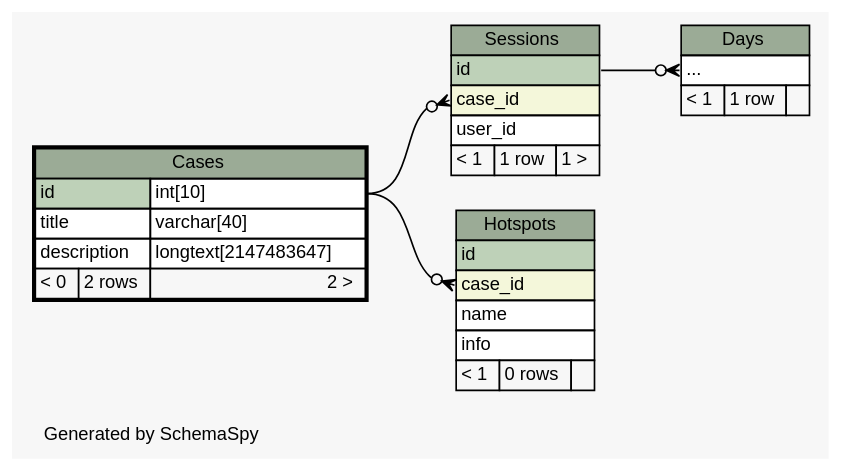
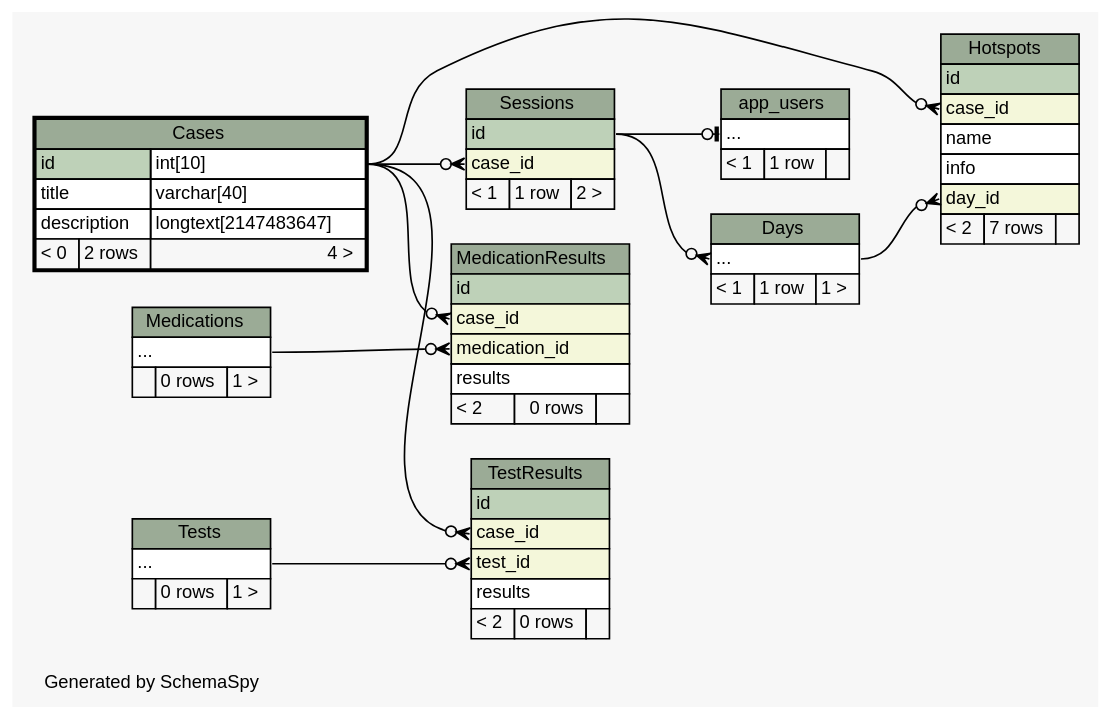
Before and after one commit to carrel2/CaseStudies: the diagram in web/files/schema/diagrams/Cases.2degrees.dot, drawn with Graphviz. The commit also changed 87 other files, not shown here.

Commit message:
More work on database schema

```diff
--- a/web/files/schema/diagrams/Cases.2degrees.dot
+++ b/web/files/schema/diagrams/Cases.2degrees.dot
@@ -1,72 +1,134 @@
 // dot 2.38.0 on Linux 4.4.0-59-generic
 // SchemaSpy rev 590
 digraph "twoDegreesRelationshipsDiagram" {
   graph [
     rankdir="RL"
     bgcolor="#f7f7f7"
     label="\nGenerated by SchemaSpy"
     labeljust="l"
     nodesep="0.18"
     ranksep="0.46"
     fontname="Helvetica"
     fontsize="11"
   ];
   node [
     fontname="Helvetica"
     fontsize="11"
     shape="plaintext"
   ];
   edge [
     arrowsize="0.8"
   ];
+  "app_users":"elipses":w -> "Sessions":"id":e [arrowhead=none dir=back arrowtail=teeodot];
   "Days":"elipses":w -> "Sessions":"id":e [arrowhead=none dir=back arrowtail=crowodot];
   "Hotspots":"case_id":w -> "Cases":"id.type":e [arrowhead=none dir=back arrowtail=crowodot];
+  "Hotspots":"day_id":w -> "Days":"elipses":e [arrowhead=none dir=back arrowtail=crowodot];
+  "MedicationResults":"case_id":w -> "Cases":"id.type":e [arrowhead=none dir=back arrowtail=crowodot];
+  "MedicationResults":"medication_id":w -> "Medications":"elipses":e [arrowhead=none dir=back arrowtail=crowodot];
   "Sessions":"case_id":w -> "Cases":"id.type":e [arrowhead=none dir=back arrowtail=crowodot];
+  "TestResults":"case_id":w -> "Cases":"id.type":e [arrowhead=none dir=back arrowtail=crowodot];
+  "TestResults":"test_id":w -> "Tests":"elipses":e [arrowhead=none dir=back arrowtail=crowodot];
+  "app_users" [
+    label=<
+    <TABLE BORDER="0" CELLBORDER="1" CELLSPACING="0" BGCOLOR="#ffffff">
+      <TR><TD COLSPAN="3" BGCOLOR="#9bab96" ALIGN="CENTER">app_users</TD></TR>
+      <TR><TD PORT="elipses" COLSPAN="3" ALIGN="LEFT">...</TD></TR>
+      <TR><TD ALIGN="LEFT" BGCOLOR="#f7f7f7">&lt; 1</TD><TD ALIGN="RIGHT" BGCOLOR="#f7f7f7">1 row</TD><TD ALIGN="RIGHT" BGCOLOR="#f7f7f7">  </TD></TR>
+    </TABLE>>
+    URL="app_users.html"
+    tooltip="app_users"
+  ];
   "Cases" [
     label=<
     <TABLE BORDER="2" CELLBORDER="1" CELLSPACING="0" BGCOLOR="#ffffff">
       <TR><TD COLSPAN="3" BGCOLOR="#9bab96" ALIGN="CENTER">Cases</TD></TR>
       <TR><TD PORT="id" COLSPAN="2" BGCOLOR="#bed1b8" ALIGN="LEFT">id</TD><TD PORT="id.type" ALIGN="LEFT">int[10]</TD></TR>
       <TR><TD PORT="title" COLSPAN="2" ALIGN="LEFT">title</TD><TD PORT="title.type" ALIGN="LEFT">varchar[40]</TD></TR>
       <TR><TD PORT="description" COLSPAN="2" ALIGN="LEFT">description</TD><TD PORT="description.type" ALIGN="LEFT">longtext[2147483647]</TD></TR>
-      <TR><TD ALIGN="LEFT" BGCOLOR="#f7f7f7">&lt; 0</TD><TD ALIGN="RIGHT" BGCOLOR="#f7f7f7">2 rows</TD><TD ALIGN="RIGHT" BGCOLOR="#f7f7f7">2 &gt;</TD></TR>
+      <TR><TD ALIGN="LEFT" BGCOLOR="#f7f7f7">&lt; 0</TD><TD ALIGN="RIGHT" BGCOLOR="#f7f7f7">2 rows</TD><TD ALIGN="RIGHT" BGCOLOR="#f7f7f7">4 &gt;</TD></TR>
     </TABLE>>
     URL="Cases.html"
     tooltip="Cases"
   ];
   "Days" [
     label=<
     <TABLE BORDER="0" CELLBORDER="1" CELLSPACING="0" BGCOLOR="#ffffff">
       <TR><TD COLSPAN="3" BGCOLOR="#9bab96" ALIGN="CENTER">Days</TD></TR>
       <TR><TD PORT="elipses" COLSPAN="3" ALIGN="LEFT">...</TD></TR>
-      <TR><TD ALIGN="LEFT" BGCOLOR="#f7f7f7">&lt; 1</TD><TD ALIGN="RIGHT" BGCOLOR="#f7f7f7">1 row</TD><TD ALIGN="RIGHT" BGCOLOR="#f7f7f7">  </TD></TR>
+      <TR><TD ALIGN="LEFT" BGCOLOR="#f7f7f7">&lt; 1</TD><TD ALIGN="RIGHT" BGCOLOR="#f7f7f7">1 row</TD><TD ALIGN="RIGHT" BGCOLOR="#f7f7f7">1 &gt;</TD></TR>
     </TABLE>>
     URL="Days.html"
     tooltip="Days"
   ];
   "Hotspots" [
     label=<
     <TABLE BORDER="0" CELLBORDER="1" CELLSPACING="0" BGCOLOR="#ffffff">
       <TR><TD COLSPAN="3" BGCOLOR="#9bab96" ALIGN="CENTER">Hotspots</TD></TR>
       <TR><TD PORT="id" COLSPAN="3" BGCOLOR="#bed1b8" ALIGN="LEFT">id</TD></TR>
       <TR><TD PORT="case_id" COLSPAN="3" BGCOLOR="#f4f7da" ALIGN="LEFT">case_id</TD></TR>
       <TR><TD PORT="name" COLSPAN="3" ALIGN="LEFT">name</TD></TR>
       <TR><TD PORT="info" COLSPAN="3" ALIGN="LEFT">info</TD></TR>
-      <TR><TD ALIGN="LEFT" BGCOLOR="#f7f7f7">&lt; 1</TD><TD ALIGN="RIGHT" BGCOLOR="#f7f7f7">0 rows</TD><TD ALIGN="RIGHT" BGCOLOR="#f7f7f7">  </TD></TR>
+      <TR><TD PORT="day_id" COLSPAN="3" BGCOLOR="#f4f7da" ALIGN="LEFT">day_id</TD></TR>
+      <TR><TD ALIGN="LEFT" BGCOLOR="#f7f7f7">&lt; 2</TD><TD ALIGN="RIGHT" BGCOLOR="#f7f7f7">7 rows</TD><TD ALIGN="RIGHT" BGCOLOR="#f7f7f7">  </TD></TR>
     </TABLE>>
     URL="Hotspots.html"
     tooltip="Hotspots"
+  ];
+  "MedicationResults" [
+    label=<
+    <TABLE BORDER="0" CELLBORDER="1" CELLSPACING="0" BGCOLOR="#ffffff">
+      <TR><TD COLSPAN="3" BGCOLOR="#9bab96" ALIGN="CENTER">MedicationResults</TD></TR>
+      <TR><TD PORT="id" COLSPAN="3" BGCOLOR="#bed1b8" ALIGN="LEFT">id</TD></TR>
+      <TR><TD PORT="case_id" COLSPAN="3" BGCOLOR="#f4f7da" ALIGN="LEFT">case_id</TD></TR>
+      <TR><TD PORT="medication_id" COLSPAN="3" BGCOLOR="#f4f7da" ALIGN="LEFT">medication_id</TD></TR>
+      <TR><TD PORT="results" COLSPAN="3" ALIGN="LEFT">results</TD></TR>
+      <TR><TD ALIGN="LEFT" BGCOLOR="#f7f7f7">&lt; 2</TD><TD ALIGN="RIGHT" BGCOLOR="#f7f7f7">0 rows</TD><TD ALIGN="RIGHT" BGCOLOR="#f7f7f7">  </TD></TR>
+    </TABLE>>
+    URL="MedicationResults.html"
+    tooltip="MedicationResults"
+  ];
+  "Medications" [
+    label=<
+    <TABLE BORDER="0" CELLBORDER="1" CELLSPACING="0" BGCOLOR="#ffffff">
+      <TR><TD COLSPAN="3" BGCOLOR="#9bab96" ALIGN="CENTER">Medications</TD></TR>
+      <TR><TD PORT="elipses" COLSPAN="3" ALIGN="LEFT">...</TD></TR>
+      <TR><TD ALIGN="LEFT" BGCOLOR="#f7f7f7">  </TD><TD ALIGN="RIGHT" BGCOLOR="#f7f7f7">0 rows</TD><TD ALIGN="RIGHT" BGCOLOR="#f7f7f7">1 &gt;</TD></TR>
+    </TABLE>>
+    URL="Medications.html"
+    tooltip="Medications"
   ];
   "Sessions" [
     label=<
     <TABLE BORDER="0" CELLBORDER="1" CELLSPACING="0" BGCOLOR="#ffffff">
       <TR><TD COLSPAN="3" BGCOLOR="#9bab96" ALIGN="CENTER">Sessions</TD></TR>
       <TR><TD PORT="id" COLSPAN="3" BGCOLOR="#bed1b8" ALIGN="LEFT">id</TD></TR>
       <TR><TD PORT="case_id" COLSPAN="3" BGCOLOR="#f4f7da" ALIGN="LEFT">case_id</TD></TR>
-      <TR><TD PORT="user_id" COLSPAN="3" ALIGN="LEFT">user_id</TD></TR>
-      <TR><TD ALIGN="LEFT" BGCOLOR="#f7f7f7">&lt; 1</TD><TD ALIGN="RIGHT" BGCOLOR="#f7f7f7">1 row</TD><TD ALIGN="RIGHT" BGCOLOR="#f7f7f7">1 &gt;</TD></TR>
+      <TR><TD ALIGN="LEFT" BGCOLOR="#f7f7f7">&lt; 1</TD><TD ALIGN="RIGHT" BGCOLOR="#f7f7f7">1 row</TD><TD ALIGN="RIGHT" BGCOLOR="#f7f7f7">2 &gt;</TD></TR>
     </TABLE>>
     URL="Sessions.html"
     tooltip="Sessions"
   ];
+  "TestResults" [
+    label=<
+    <TABLE BORDER="0" CELLBORDER="1" CELLSPACING="0" BGCOLOR="#ffffff">
+      <TR><TD COLSPAN="3" BGCOLOR="#9bab96" ALIGN="CENTER">TestResults</TD></TR>
+      <TR><TD PORT="id" COLSPAN="3" BGCOLOR="#bed1b8" ALIGN="LEFT">id</TD></TR>
+      <TR><TD PORT="case_id" COLSPAN="3" BGCOLOR="#f4f7da" ALIGN="LEFT">case_id</TD></TR>
+      <TR><TD PORT="test_id" COLSPAN="3" BGCOLOR="#f4f7da" ALIGN="LEFT">test_id</TD></TR>
+      <TR><TD PORT="results" COLSPAN="3" ALIGN="LEFT">results</TD></TR>
+      <TR><TD ALIGN="LEFT" BGCOLOR="#f7f7f7">&lt; 2</TD><TD ALIGN="RIGHT" BGCOLOR="#f7f7f7">0 rows</TD><TD ALIGN="RIGHT" BGCOLOR="#f7f7f7">  </TD></TR>
+    </TABLE>>
+    URL="TestResults.html"
+    tooltip="TestResults"
+  ];
+  "Tests" [
+    label=<
+    <TABLE BORDER="0" CELLBORDER="1" CELLSPACING="0" BGCOLOR="#ffffff">
+      <TR><TD COLSPAN="3" BGCOLOR="#9bab96" ALIGN="CENTER">Tests</TD></TR>
+      <TR><TD PORT="elipses" COLSPAN="3" ALIGN="LEFT">...</TD></TR>
+      <TR><TD ALIGN="LEFT" BGCOLOR="#f7f7f7">  </TD><TD ALIGN="RIGHT" BGCOLOR="#f7f7f7">0 rows</TD><TD ALIGN="RIGHT" BGCOLOR="#f7f7f7">1 &gt;</TD></TR>
+    </TABLE>>
+    URL="Tests.html"
+    tooltip="Tests"
+  ];
 }
```
